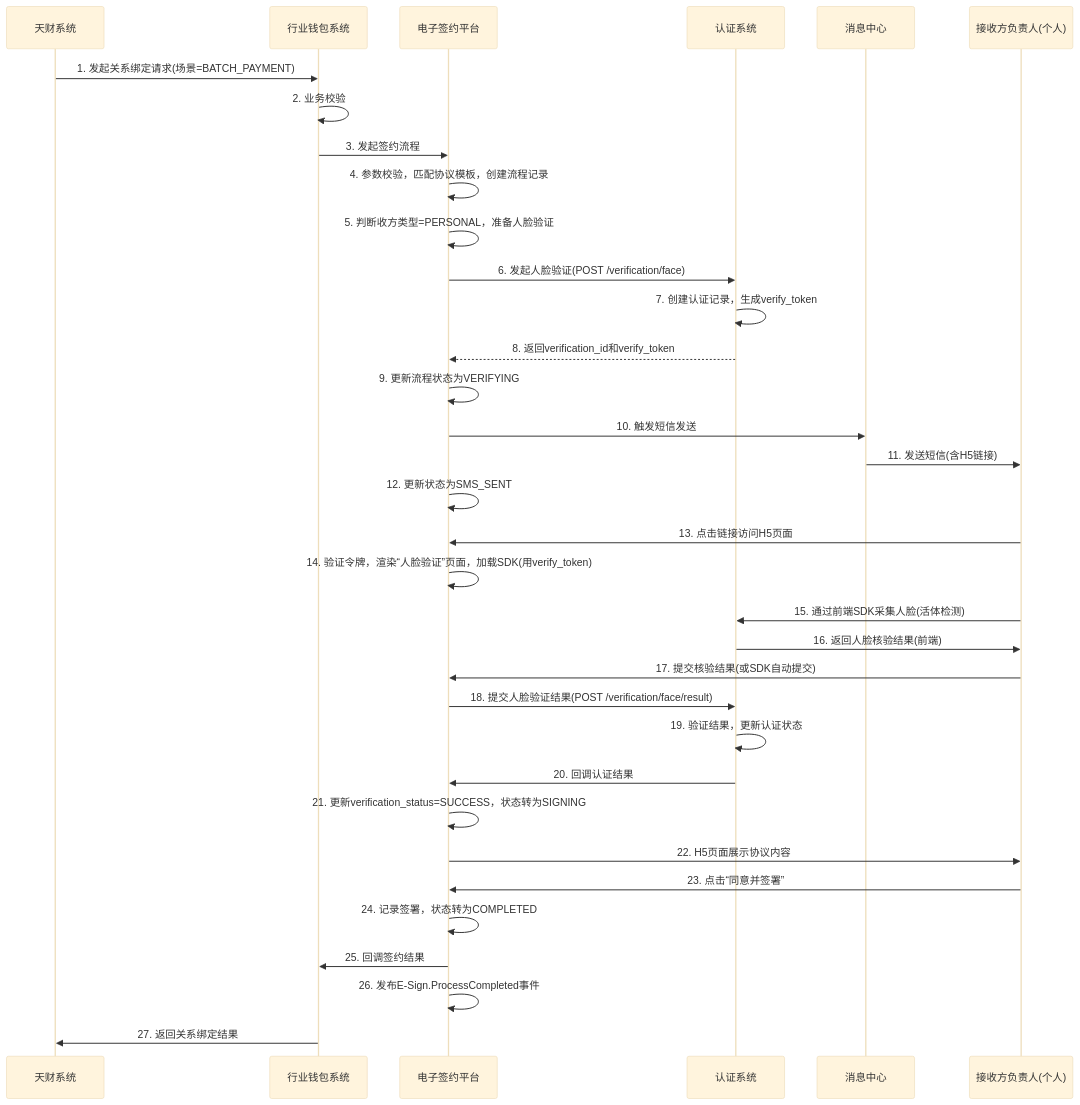
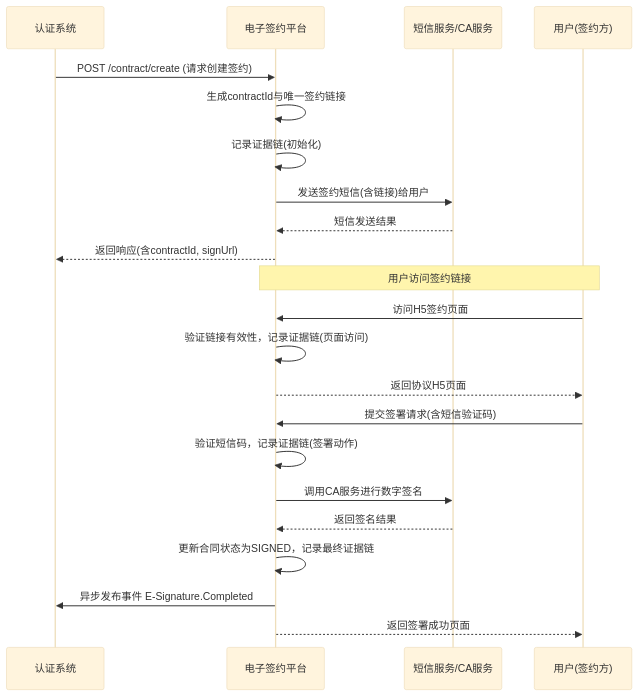
The diagram in data/天财分账需求/deepseek-v3.2/workspace/02_modules/module_电子签约平台.md (youzi211/AiCoding), drawn with Mermaid (base theme) before and after one commit. The commit also changed other lines of this file and 92 other files, not shown here.

Commit message:
增加对文档中图片提取的功能，用gpt模型生成文字描述。

````diff
--- a/data/天财分账需求/deepseek-v3.2/workspace/02_modules/module_电子签约平台.md
+++ b/data/天财分账需求/deepseek-v3.2/workspace/02_modules/module_电子签约平台.md
@@ -533,37 +61,25 @@
 ```mermaid
 sequenceDiagram
-    participant 天财 as 天财系统
-    participant 钱包 as 行业钱包系统
-    participant 电签 as 电子签约平台
-    participant 认证 as 认证系统
-    participant 消息 as 消息中心
-    participant 用户 as 接收方负责人(个人)
+    participant A as 认证系统
+    participant E as 电子签约平台
+    participant S as 短信服务/CA服务
+    participant U as 用户(签约方)
 
-    天财->>钱包: 1. 发起关系绑定请求(场景=BATCH_PAYMENT)
-    钱包->>钱包: 2. 业务校验
-    钱包->>电签: 3. 发起签约流程
-    电签->>电签: 4. 参数校验，匹配协议模板，创建流程记录
-    电签->>电签: 5. 判断收方类型=PERSONAL，准备人脸验证
-    电签->>认证: 6. 发起人脸验证(POST /verification/face)
-    认证->>认证: 7. 创建认证记录，生成verify_token
-    认证-->>电签: 8. 返回verification_id和verify_token
-    电签->>电签: 9. 更新流程状态为VERIFYING
-    电签->>消息: 10. 触发短信发送
-    消息->>用户: 11. 发送短信(含H5链接)
-    电签->>电签: 12. 更新状态为SMS_SENT
-    用户->>电签: 13. 点击链接访问H5页面
-    电签->>电签: 14. 验证令牌，渲染“人脸验证”页面，加载SDK(用verify_token)
-    用户->>认证: 15. 通过前端SDK采集人脸(活体检测)
-    认证->>用户: 16. 返回人脸核验结果(前端)
-    用户->>电签: 17. 提交核验结果(或SDK自动提交)
-    电签->>认证: 18. 提交人脸验证结果(POST /verification/face/result)
-    认证->>认证: 19. 验证结果，更新认证状态
-    认证->>电签: 20. 回调认证结果
-    电签->>电签: 21. 更新verification_status=SUCCESS，状态转为SIGNING
-    电签->>用户: 22. H5页面展示协议内容
-    用户->>电签: 23. 点击“同意并签署”
-    电签->>电签: 24. 记录签署，状态转为COMPLETED
-    电签->>钱包: 25. 回调签约结果
-    电签->>电签: 26. 发布E-Sign.ProcessCompleted事件
-    钱包->>天财: 27. 返回关系绑定结果
+    A->>E: POST /contract/create (请求创建签约)
+    E->>E: 生成contractId与唯一签约链接
+    E->>E: 记录证据链(初始化)
+    E->>S: 发送签约短信(含链接)给用户
+    S-->>E: 短信发送结果
+    E-->>A: 返回响应(含contractId, signUrl)
+    Note over U,E: 用户访问签约链接
+    U->>E: 访问H5签约页面
+    E->>E: 验证链接有效性，记录证据链(页面访问)
+    E-->>U: 返回协议H5页面
+    U->>E: 提交签署请求(含短信验证码)
+    E->>E: 验证短信码，记录证据链(签署动作)
+    E->>S: 调用CA服务进行数字签名
+    S-->>E: 返回签名结果
+    E->>E: 更新合同状态为SIGNED，记录最终证据链
+    E->>A: 异步发布事件 E-Signature.Completed
+    E-->>U: 返回签署成功页面
 ```
````
